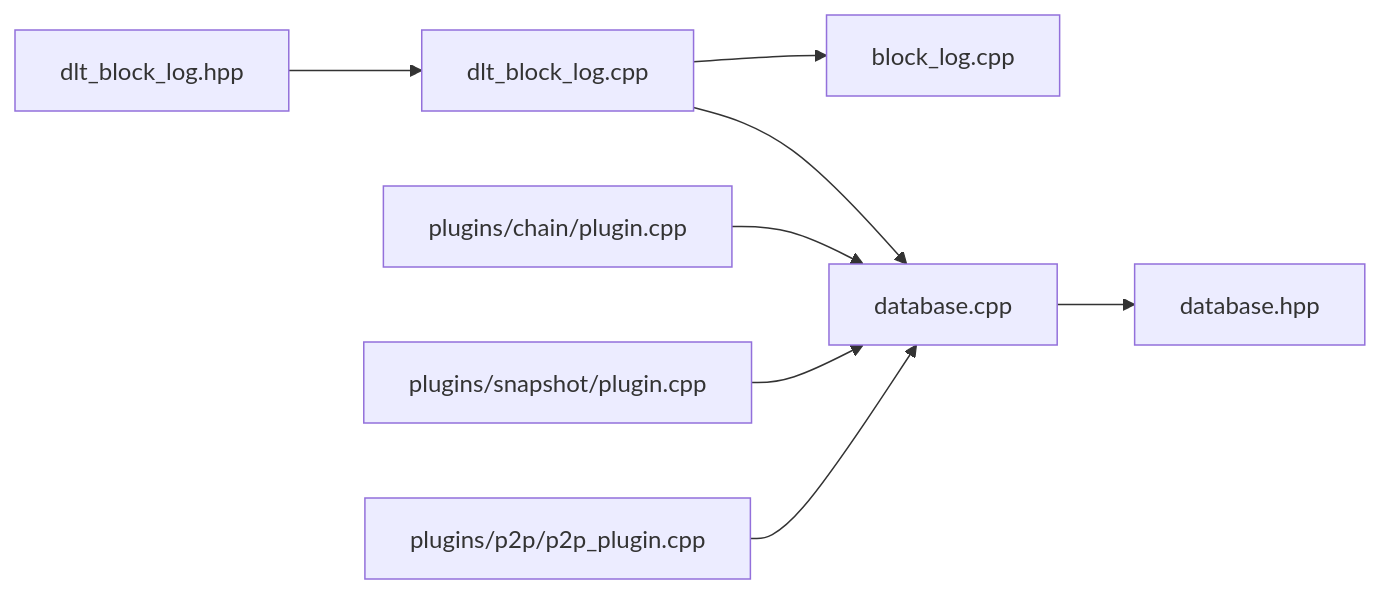
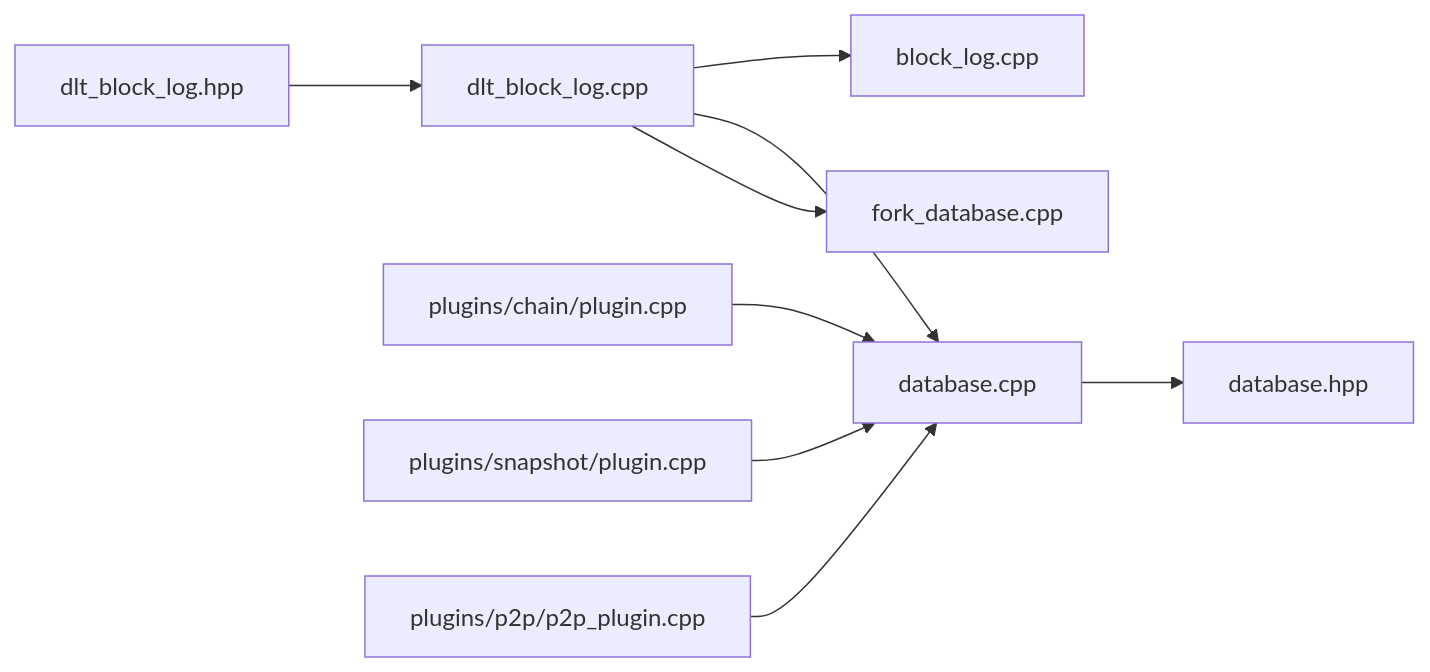
Before and after one commit to VIZ-Blockchain/viz-cpp-node: the ninth of 14 diagrams in .qoder/repowiki/en/content/Architecture Overview/Core Libraries/Chain Library/Database Management/DLT Rolling Block Log.md, drawn with Mermaid. The commit also changed other lines of this file and 4 other files, not shown here.

First line of the commit message:
feat(fork_database): improve fork resolution and enhance DLT integration

````diff
--- a/.qoder/repowiki/en/content/Architecture Overview/Core Libraries/Chain Library/Database Management/DLT Rolling Block Log.md
+++ b/.qoder/repowiki/en/content/Architecture Overview/Core Libraries/Chain Library/Database Management/DLT Rolling Block Log.md
@@ -476,10 +504,11 @@
 ```mermaid
 graph LR
 DLT_H["dlt_block_log.hpp"] --> DLT_CPP["dlt_block_log.cpp"]
 DLT_CPP --> BL_CPP["block_log.cpp"]
 DLT_CPP --> DB_CPP["database.cpp"]
+DLT_CPP --> FD_CPP["fork_database.cpp"]
 CP_CPP["plugins/chain/plugin.cpp"] --> DB_CPP
 SP_CPP["plugins/snapshot/plugin.cpp"] --> DB_CPP
 PP_CPP["plugins/p2p/p2p_plugin.cpp"] --> DB_CPP
 DB_CPP --> DH_HPP["database.hpp"]
 ```
````
